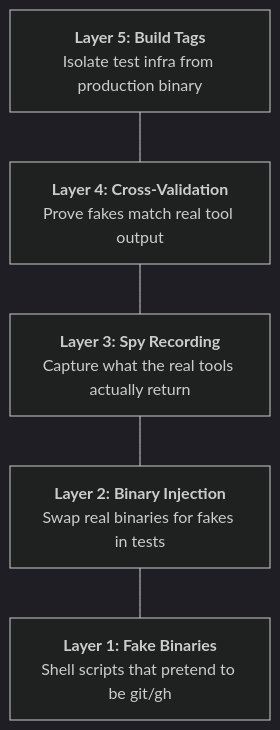
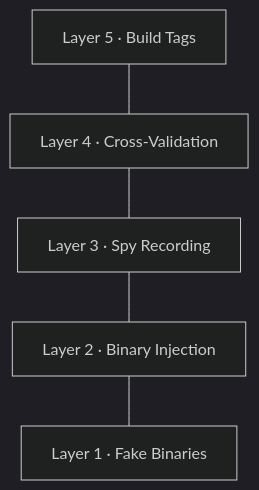
Before and after one commit to pavelpascari/sdf: the first of 5 diagrams in www/src/content/blog/testing-cli-tools-that-shell-out.mdx, drawn with Mermaid (dark theme). The commit also changed other lines of this file and 2 other files, not shown here.

First line of the commit message:
Fix mermaid diagram text clipping on mobile

````diff
--- a/www/src/content/blog/testing-cli-tools-that-shell-out.mdx
+++ b/www/src/content/blog/testing-cli-tools-that-shell-out.mdx
@@ -18,10 +18,10 @@
 ```mermaid
 graph BT
-    L1["<b>Layer 1: Fake Binaries</b><br/>Shell scripts that pretend to be git/gh"]
-    L2["<b>Layer 2: Binary Injection</b><br/>Swap real binaries for fakes in tests"]
-    L3["<b>Layer 3: Spy Recording</b><br/>Capture what the real tools actually return"]
-    L4["<b>Layer 4: Cross-Validation</b><br/>Prove fakes match real tool output"]
-    L5["<b>Layer 5: Build Tags</b><br/>Isolate test infra from production binary"]
+    L1["Layer 1 · Fake Binaries"]
+    L2["Layer 2 · Binary Injection"]
+    L3["Layer 3 · Spy Recording"]
+    L4["Layer 4 · Cross-Validation"]
+    L5["Layer 5 · Build Tags"]
 
     L1 --- L2 --- L3 --- L4 --- L5
 ```
````
